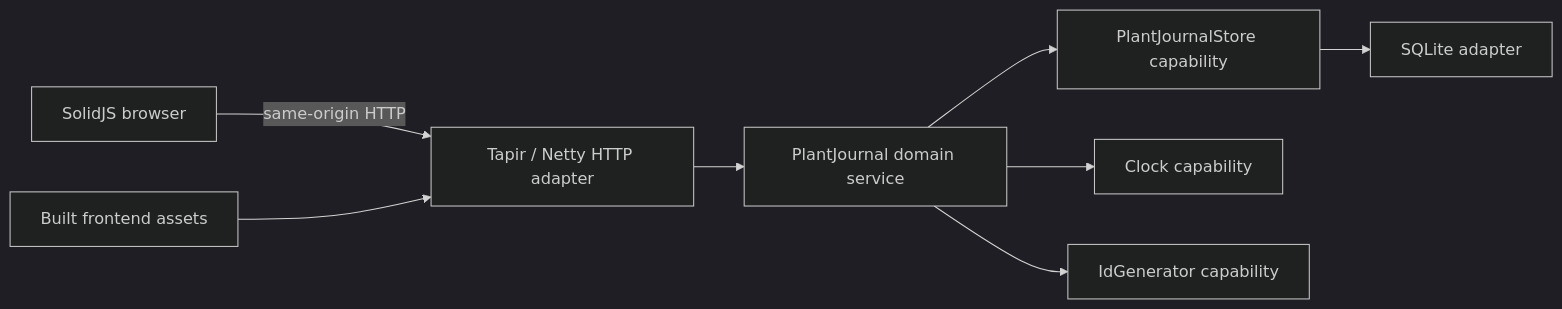
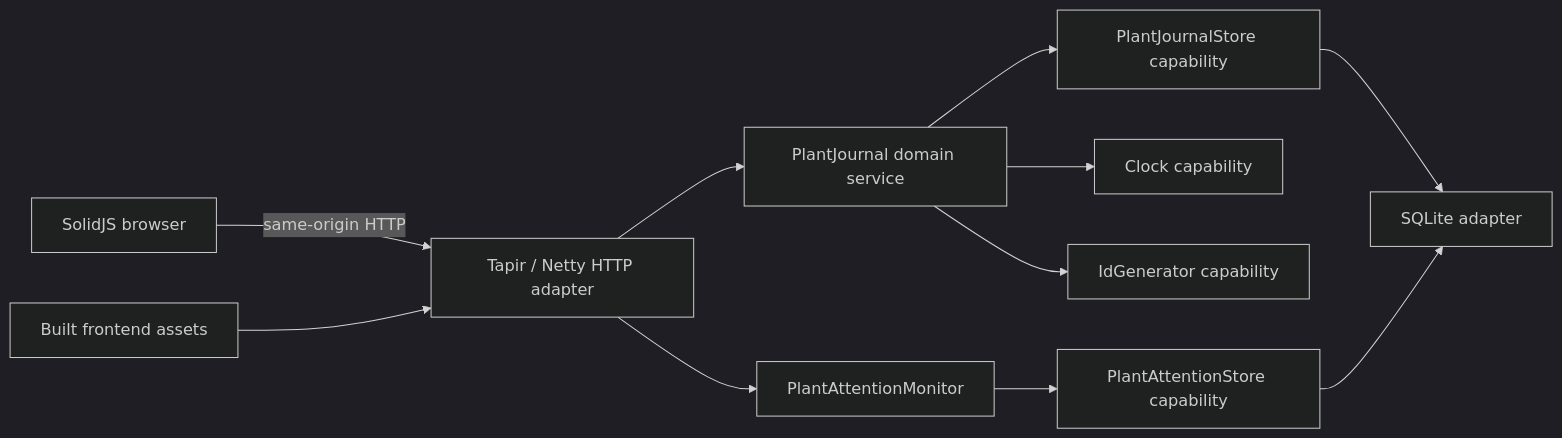
One commit to cosminci/gardening changed the second of 2 diagrams in specs/design.md. Above: the diagram before and after it, drawn with Mermaid (dark theme). The commit also changed other lines of this file and 53 other files, not shown here.

First line of the commit message:
Plant attention ordering and watering warnings (#21)

````diff
--- a/specs/design.md
+++ b/specs/design.md
@@ -67,10 +73,13 @@
 ```mermaid
 flowchart LR
     Browser["SolidJS browser"] -->|"same-origin HTTP"| HTTP["Tapir / Netty HTTP adapter"]
     Static["Built frontend assets"] --> HTTP
     HTTP --> Journal["PlantJournal domain service"]
+    HTTP --> Attention["PlantAttentionMonitor"]
     Journal --> StorePort["PlantJournalStore capability"]
+    Attention --> AttentionPort["PlantAttentionStore capability"]
     Journal --> Clock["Clock capability"]
     Journal --> IDs["IdGenerator capability"]
     StorePort --> SQLite["SQLite adapter"]
+    AttentionPort --> SQLite
 ```
````
